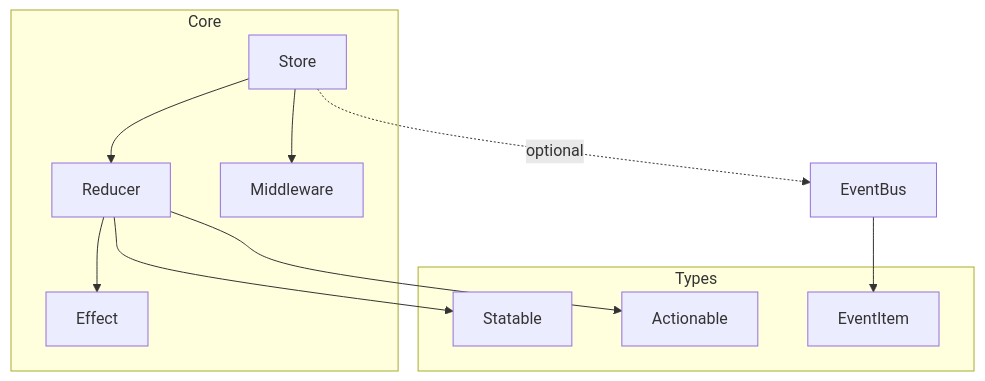
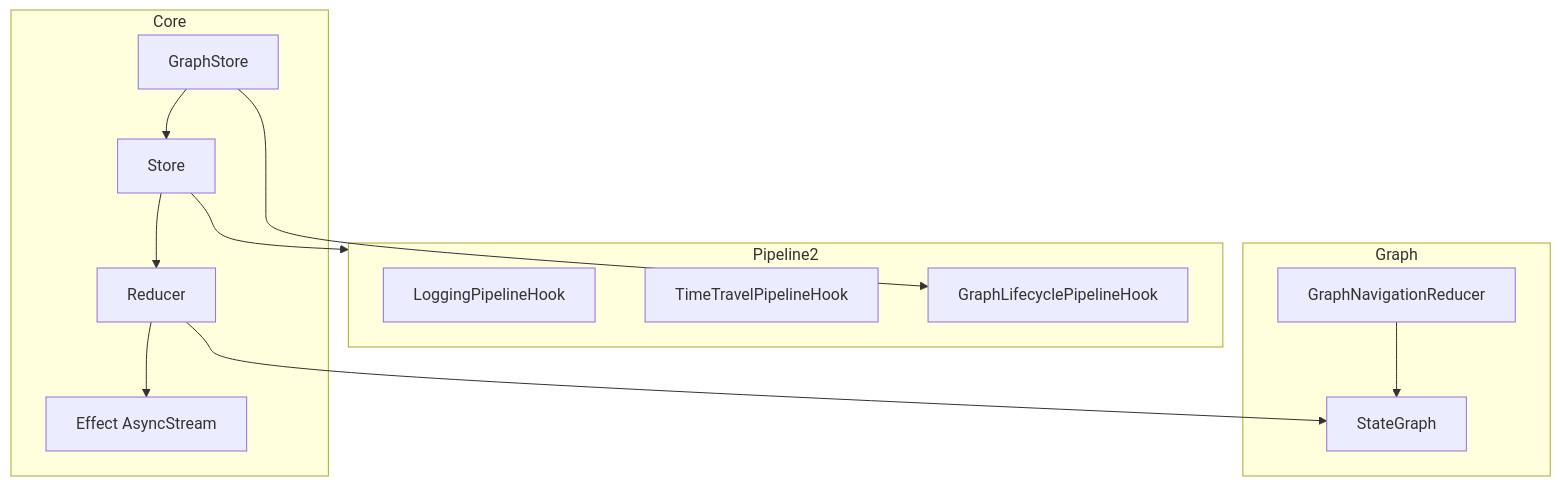
Before and after one commit to pelagornis/swift-rex: the second of 2 diagrams in README.md, drawn with Mermaid. The commit also changed other lines of this file, not shown here.

First line of the commit message:
Update README for Pipeline Hooks, State Graph, and AsyncStream effects

````diff
--- a/README.md
+++ b/README.md
@@ -48,21 +52,25 @@
 ```mermaid
 flowchart TB
     subgraph Core
         Store[Store]
+        GraphStore[GraphStore]
         Reducer[Reducer]
-        Middleware[Middleware]
-        Effect[Effect]
+        Effect[Effect AsyncStream]
     end
-    subgraph Types
-        Statable[Statable]
-        Actionable[Actionable]
-        EventItem[EventItem]
+    subgraph Pipeline2
+        LoggingHook[LoggingPipelineHook]
+        TimeTravel[TimeTravelPipelineHook]
+        GraphLifecycle[GraphLifecyclePipelineHook]
     end
+    subgraph Graph
+        StateGraph[StateGraph]
+        GraphNav[GraphNavigationReducer]
+    end
+    GraphStore --> Store
     Store --> Reducer
-    Store --> Middleware
+    Store --> Pipeline2
     Reducer --> Effect
-    Reducer --> Statable
-    Reducer --> Actionable
-    Store -.->|"optional"| EventBus[EventBus]
-    EventBus --> EventItem
+    Reducer --> StateGraph
+    GraphNav --> StateGraph
+    GraphStore --> GraphLifecycle
 ```
````
